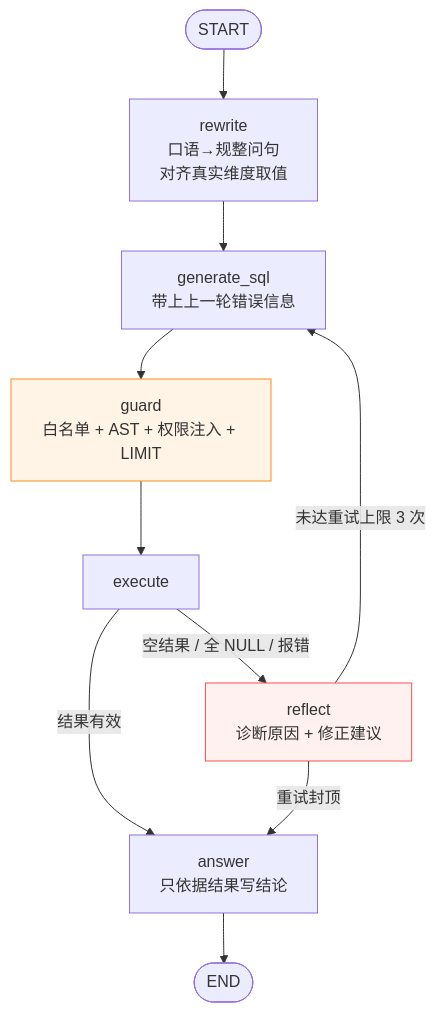
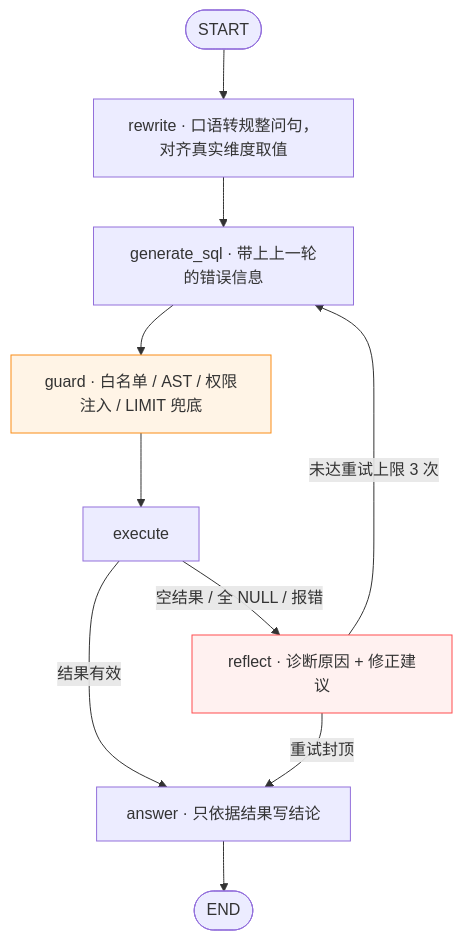
Before and after one commit to CTYQAQ/sales-insight: the third of 4 diagrams in README.md, drawn with Mermaid. The commit also changed other lines of this file, not shown here.

Commit message:
docs: 修正 Mermaid 语法（中文 subgraph id 与边标签引号）

````diff
--- a/README.md
+++ b/README.md
@@ -137,15 +137,15 @@
 ```mermaid
 flowchart TD
-    S([START]) --> RW[rewrite<br/>口语→规整问句<br/>对齐真实维度取值]
-    RW --> GEN[generate_sql<br/>带上上一轮错误信息]
-    GEN --> GD[guard<br/>白名单 + AST + 权限注入 + LIMIT]
-    GD --> EX[execute]
-    EX -->|结果有效| ANS[answer<br/>只依据结果写结论]
-    EX -->|空结果 / 全 NULL / 报错| RF[reflect<br/>诊断原因 + 修正建议]
-    RF -->|未达重试上限 3 次| GEN
-    RF -->|重试封顶| ANS
+    S([START]) --> RW["rewrite · 口语转规整问句，对齐真实维度取值"]
+    RW --> GEN["generate_sql · 带上上一轮的错误信息"]
+    GEN --> GD["guard · 白名单 / AST / 权限注入 / LIMIT 兜底"]
+    GD --> EX["execute"]
+    EX -->|"结果有效"| ANS["answer · 只依据结果写结论"]
+    EX -->|"空结果 / 全 NULL / 报错"| RF["reflect · 诊断原因 + 修正建议"]
+    RF -->|"未达重试上限 3 次"| GEN
+    RF -->|"重试封顶"| ANS
     ANS --> E([END])
 
     style GD fill:#fff4e6,stroke:#fa8c16
     style RF fill:#fff1f0,stroke:#ff4d4f
 ```
````
